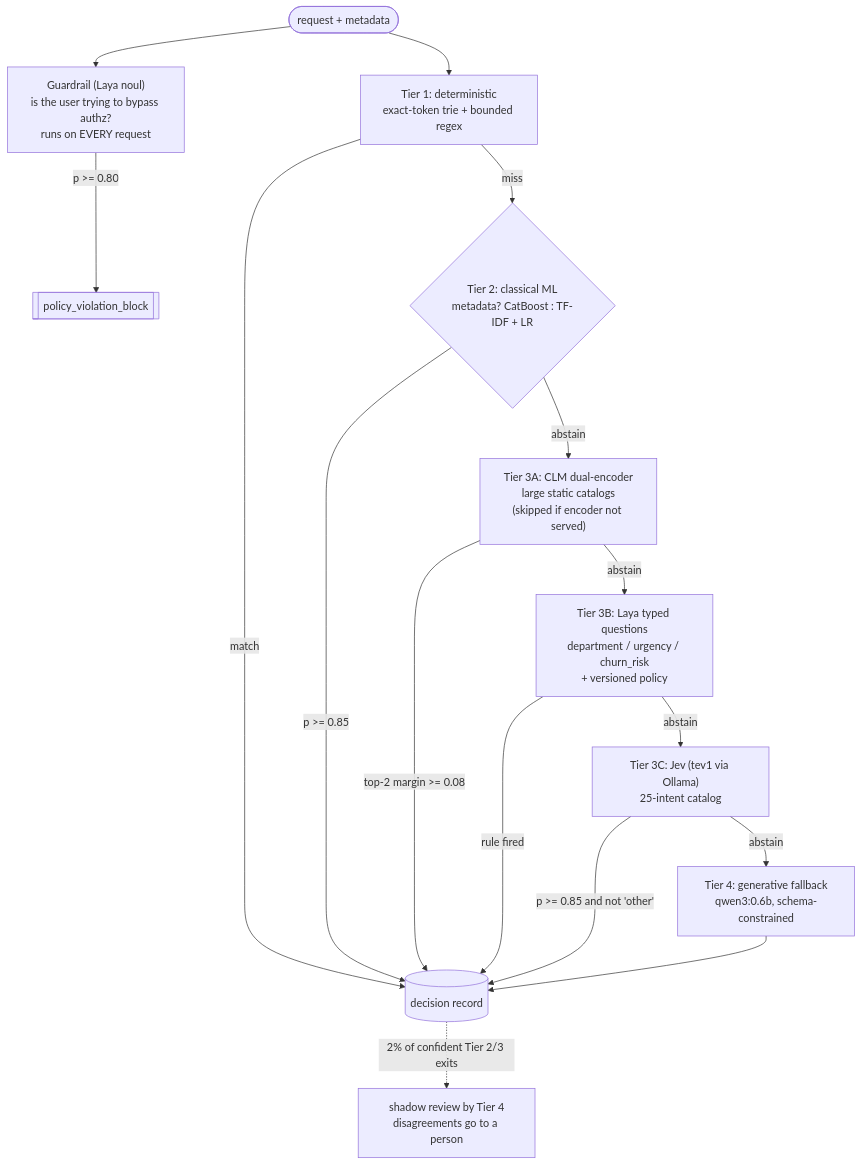
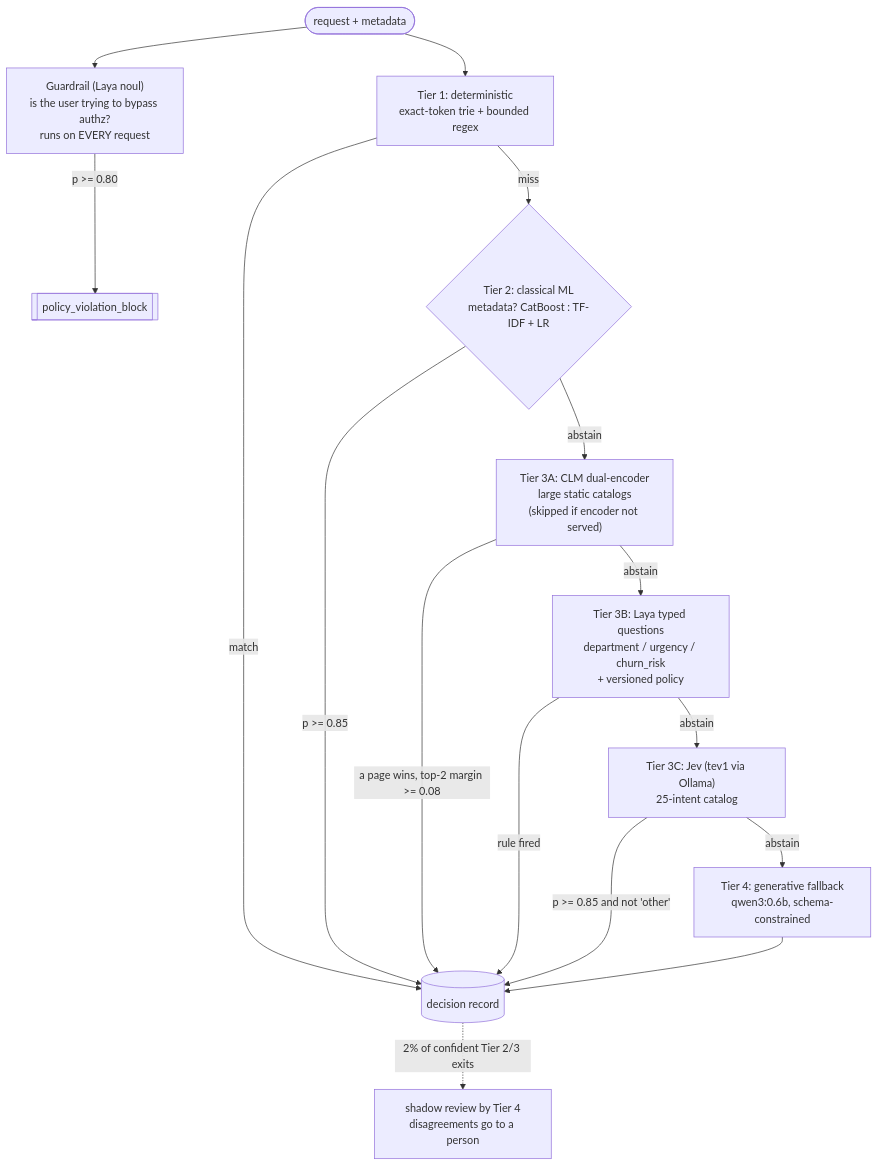
Before and after one commit to indranildchandra/hybrid-intent-router: the diagram in README.md, drawn with Mermaid. The commit also changed other lines of this file and 17 other files, not shown here.

````diff
--- a/README.md
+++ b/README.md
@@ -110,31 +110,31 @@
 ```mermaid
 flowchart TB
     REQ([request + metadata]) --> G & T1
 
     G["Guardrail (Laya noul)<br/>is the user trying to bypass authz?<br/>runs on EVERY request"]
     G -- "p >= 0.80" --> BLOCK[[policy_violation_block]]
 
     T1["Tier 1: deterministic<br/>exact-token trie + bounded regex"] -- match --> OUT
     T1 -- miss --> T2
 
     T2{"Tier 2: classical ML<br/>metadata? CatBoost : TF-IDF + LR"}
     T2 -- "p >= 0.85" --> OUT
     T2 -- abstain --> T3A
 
     T3A["Tier 3A: CLM dual-encoder<br/>large static catalogs<br/>(skipped if encoder not served)"]
-    T3A -- "top-2 margin >= 0.08" --> OUT
+    T3A -- "a page wins, top-2 margin >= 0.08" --> OUT
     T3A -- abstain --> T3B
 
     T3B["Tier 3B: Laya typed questions<br/>department / urgency / churn_risk<br/>+ versioned policy"]
     T3B -- rule fired --> OUT
     T3B -- abstain --> T3C
 
     T3C["Tier 3C: Jev (tev1 via Ollama)<br/>25-intent catalog"]
     T3C -- "p >= 0.85 and not 'other'" --> OUT
     T3C -- abstain --> T4
 
     T4["Tier 4: generative fallback<br/>qwen3:0.6b, schema-constrained"] --> OUT
 
     OUT[(decision record)]
     OUT -. "2% of confident Tier 2/3 exits" .-> SH["shadow review by Tier 4<br/>disagreements go to a person"]
 ```
````
